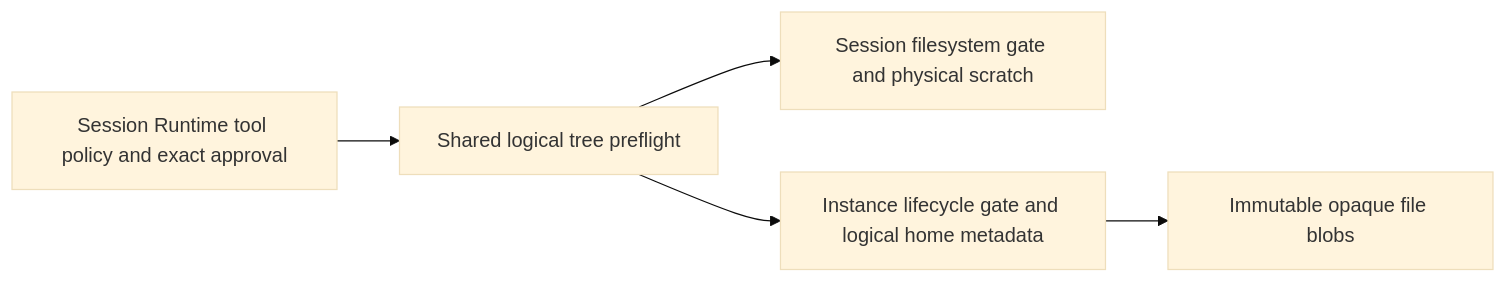
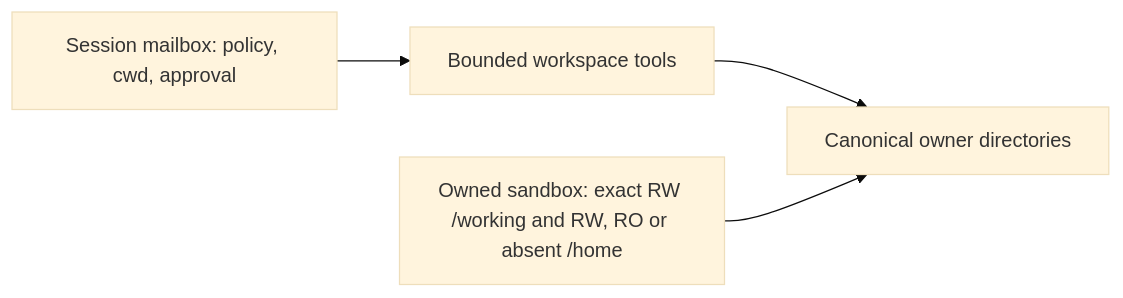
The second of 2 diagrams in docs/03-system-architecture.md (trannamtrung1st/agent-core), drawn with Mermaid (base theme) before and after one commit. The commit also changed other lines of this file and 396 other files, not shown here.

Commit message:
Replace workspace snapshots with canonical files and direct mounts

````diff
--- a/docs/03-system-architecture.md
+++ b/docs/03-system-architecture.md
@@ -317,7 +317,6 @@
 ```mermaid
 flowchart LR
-    Runtime[Session Runtime tool policy and exact approval] --> Planner[Shared logical tree preflight]
-    Planner --> Scratch[Session filesystem gate and physical scratch]
-    Planner --> Home[Instance lifecycle gate and logical home metadata]
-    Home --> Blobs[Immutable opaque file blobs]
+    Runtime[Session mailbox: policy, cwd, approval] --> Tools[Bounded workspace tools]
+    Tools --> FS[Canonical owner directories]
+    Sandbox[Owned sandbox: exact RW /working and RW, RO or absent /home] --> FS
 ```
````
